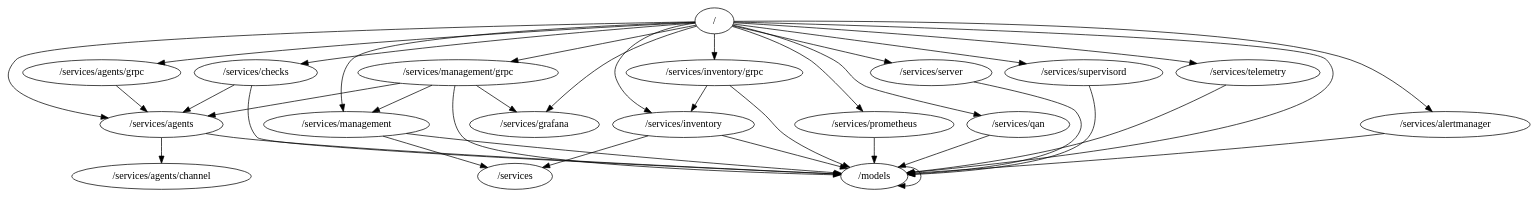
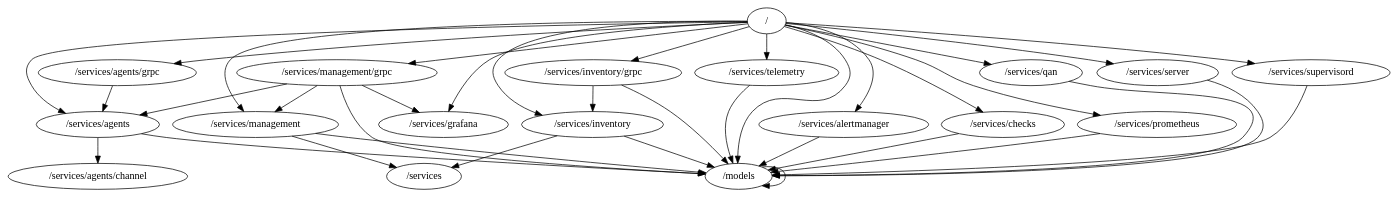
The diagram in packages.dot (percona/pmm-managed), drawn with Graphviz before and after one commit. The commit also changed 2 other files, not shown here.

Commit message:
SAAS-20 Fix packages dependencies graph

```diff
--- a/packages.dot
+++ b/packages.dot
@@ -1,39 +1,38 @@
 digraph packages {
 	"/" -> "/models";
 	"/" -> "/services/agents";
 	"/" -> "/services/agents/grpc";
 	"/" -> "/services/alertmanager";
 	"/" -> "/services/checks";
 	"/" -> "/services/grafana";
 	"/" -> "/services/inventory";
 	"/" -> "/services/inventory/grpc";
 	"/" -> "/services/management";
 	"/" -> "/services/management/grpc";
 	"/" -> "/services/prometheus";
 	"/" -> "/services/qan";
 	"/" -> "/services/server";
 	"/" -> "/services/supervisord";
 	"/" -> "/services/telemetry";
 	"/models" -> "/models";
 	"/services/agents" -> "/models";
 	"/services/agents" -> "/services/agents/channel";
 	"/services/agents/grpc" -> "/services/agents";
 	"/services/alertmanager" -> "/models";
 	"/services/checks" -> "/models";
-	"/services/checks" -> "/services/agents";
 	"/services/inventory" -> "/models";
 	"/services/inventory" -> "/services";
 	"/services/inventory/grpc" -> "/models";
 	"/services/inventory/grpc" -> "/services/inventory";
 	"/services/management" -> "/models";
 	"/services/management" -> "/services";
 	"/services/management/grpc" -> "/models";
 	"/services/management/grpc" -> "/services/agents";
 	"/services/management/grpc" -> "/services/grafana";
 	"/services/management/grpc" -> "/services/management";
 	"/services/prometheus" -> "/models";
 	"/services/qan" -> "/models";
 	"/services/server" -> "/models";
 	"/services/supervisord" -> "/models";
 	"/services/telemetry" -> "/models";
 }
```
